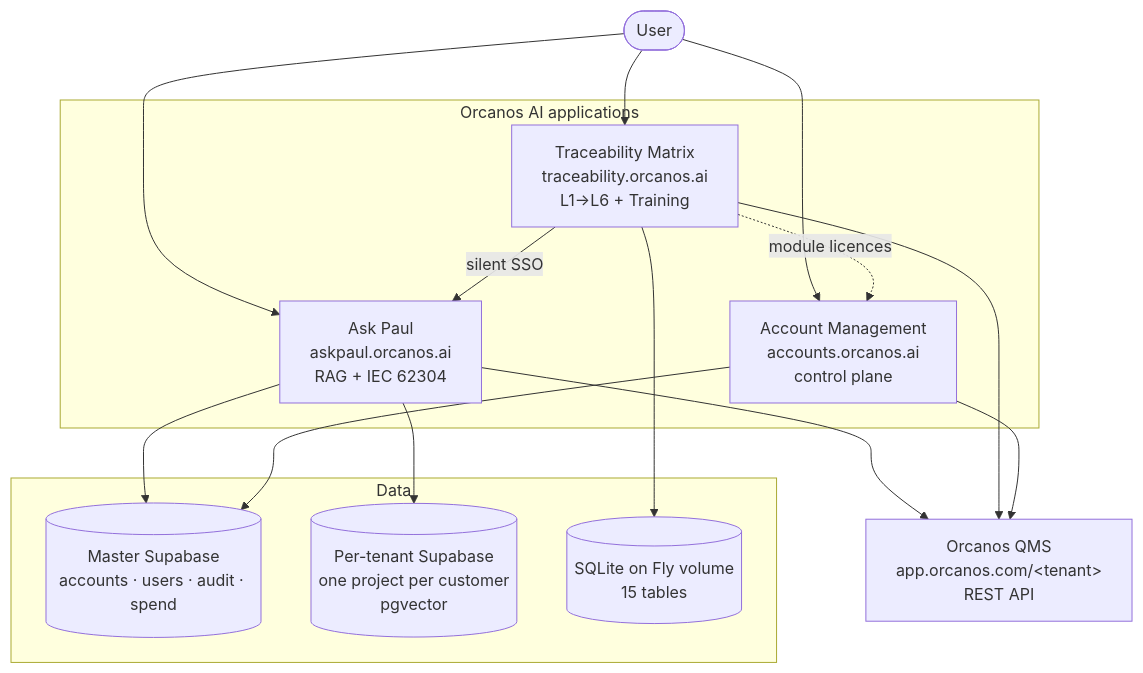
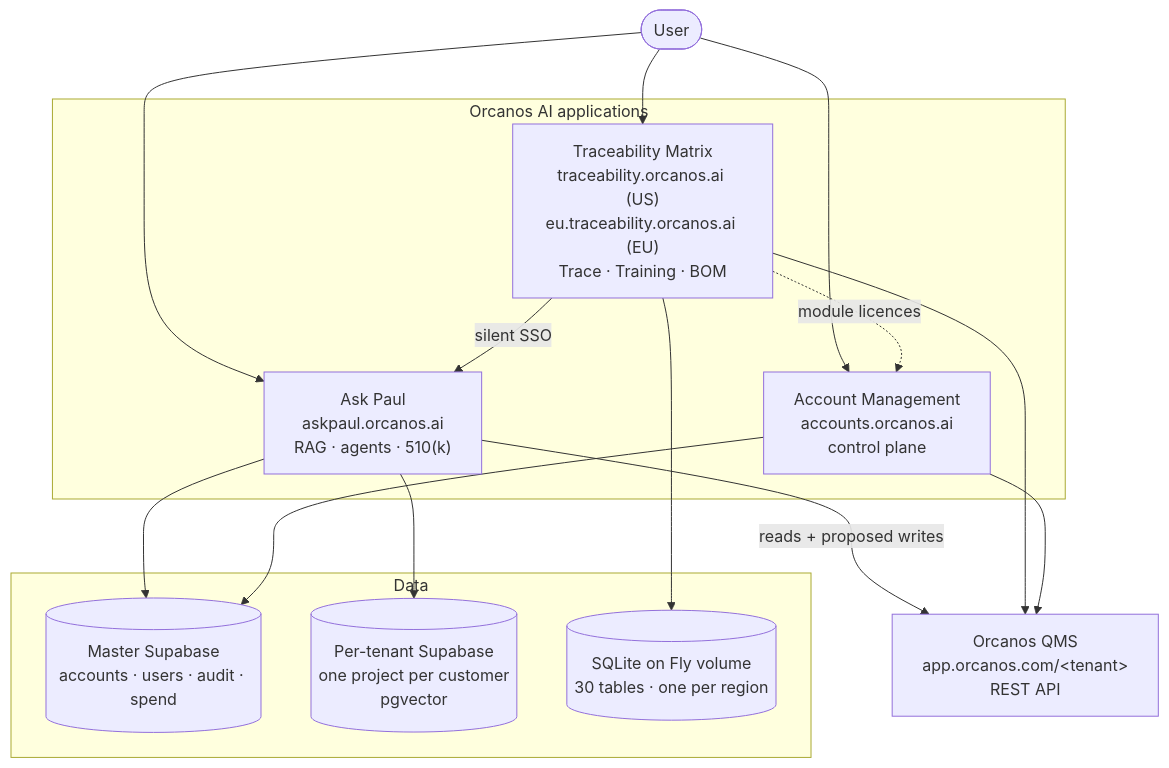
Before and after one commit to zoharp/account-management: the first of 15 diagrams in docs/platform/ORCANOS_AI_INFRASTRUCTURE.md, drawn with Mermaid. The commit also changed other lines of this file and 12 other files, not shown here.

````diff
--- a/docs/platform/ORCANOS_AI_INFRASTRUCTURE.md
+++ b/docs/platform/ORCANOS_AI_INFRASTRUCTURE.md
@@ -61,31 +68,31 @@
 ```mermaid
 flowchart TB
     U([User])
 
     subgraph Apps["Orcanos AI applications"]
-      AP["Ask Paul<br/>askpaul.orcanos.ai<br/>RAG + IEC 62304"]
-      TR["Traceability Matrix<br/>traceability.orcanos.ai<br/>L1→L6 + Training"]
+      AP["Ask Paul<br/>askpaul.orcanos.ai<br/>RAG · agents · 510(k)"]
+      TR["Traceability Matrix<br/>traceability.orcanos.ai (US)<br/>eu.traceability.orcanos.ai (EU)<br/>Trace · Training · BOM"]
       AM["Account Management<br/>accounts.orcanos.ai<br/>control plane"]
     end
 
     subgraph Data["Data"]
       MS[("Master Supabase<br/>accounts · users · audit · spend")]
       TS[("Per-tenant Supabase<br/>one project per customer<br/>pgvector")]
-      SQ[("SQLite on Fly volume<br/>15 tables")]
+      SQ[("SQLite on Fly volume<br/>30 tables · one per region")]
     end
 
     ORC["Orcanos QMS<br/>app.orcanos.com/&lt;tenant&gt;<br/>REST API"]
 
     U --> AP
     U --> TR
     U --> AM
     AP --> MS
     AP --> TS
     TR --> SQ
     TR -.->|module licences| AM
     AM --> MS
-    AP --> ORC
+    AP -->|reads + proposed writes| ORC
     TR --> ORC
     AM --> ORC
     TR -->|silent SSO| AP
 ```
````
